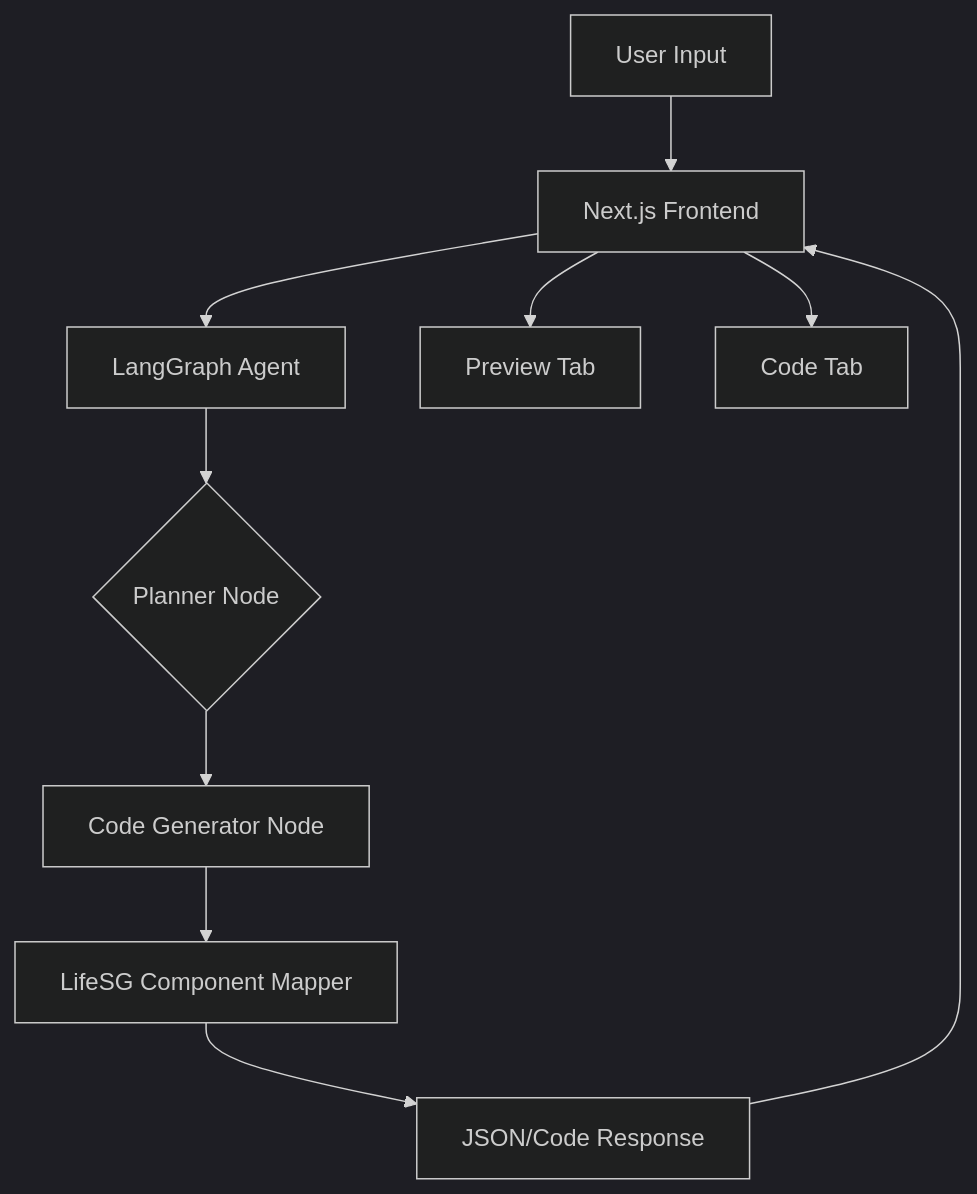
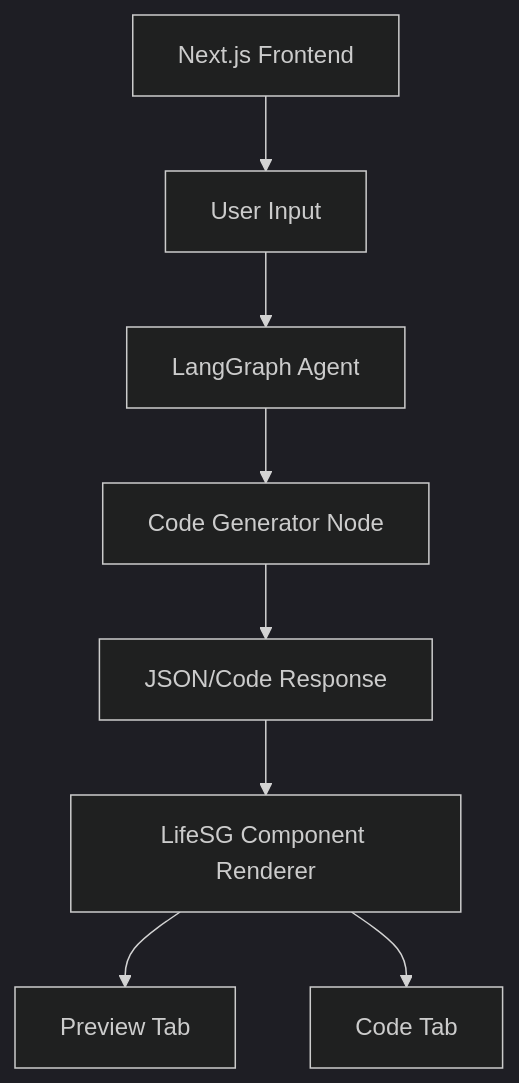
Before and after one commit to calvinli08/life-sg-web-builder: the diagram in README.md, drawn with Mermaid (dark theme). The commit also changed other lines of this file, not shown here.

Commit message:
Update README.md with basic workflow architecture and local testing instructions

````diff
--- a/README.md
+++ b/README.md
@@ -19,12 +19,10 @@
 ```mermaid
 graph TD
-    A[User Input] --> B[Next.js Frontend]
+    A[Next.js Frontend] --> B[User Input]
     B --> C[LangGraph Agent]
-    C --> D{Planner Node}
-    D --> E[Code Generator Node]
-    E --> F[LifeSG Component Mapper]
-    F --> G[JSON/Code Response]
-    G --> B
-    B --> H[Preview Tab]
-    B --> I[Code Tab]
+    C --> D[Code Generator Node]
+    D --> E[JSON/Code Response]
+    E --> F[LifeSG Component Renderer]
+    F --> H[Preview Tab]
+    F --> I[Code Tab]
 ```
````
